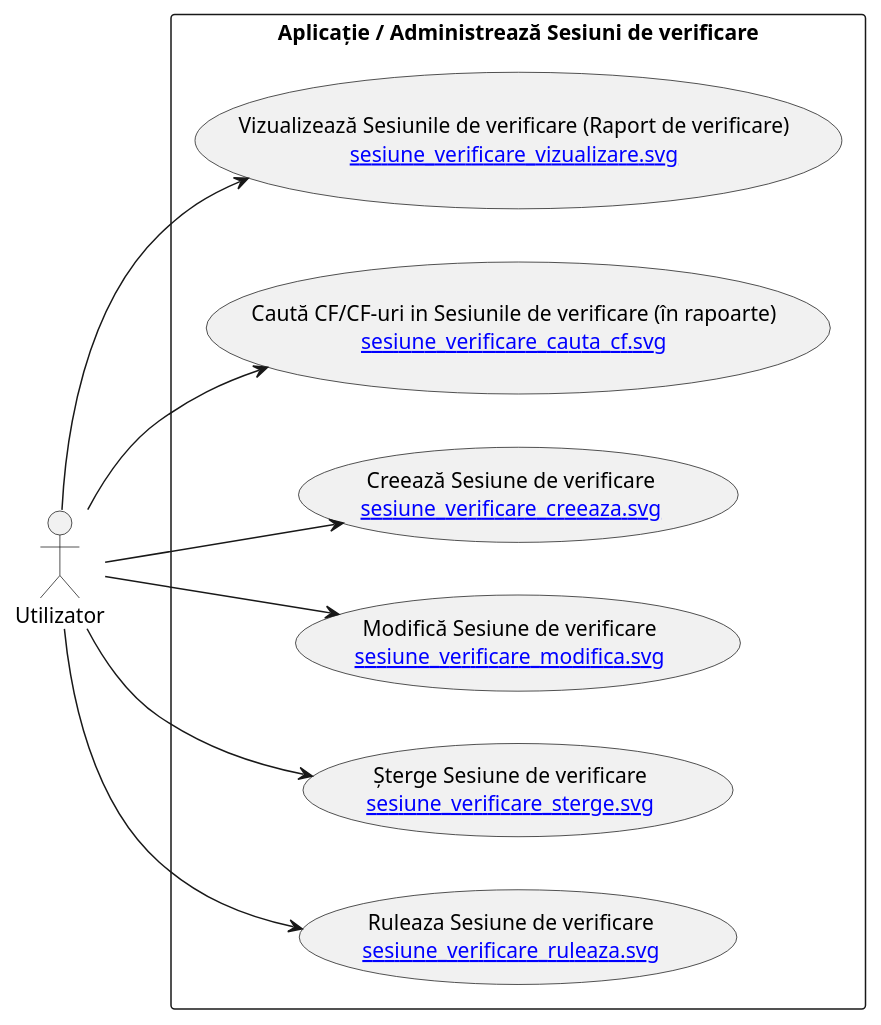
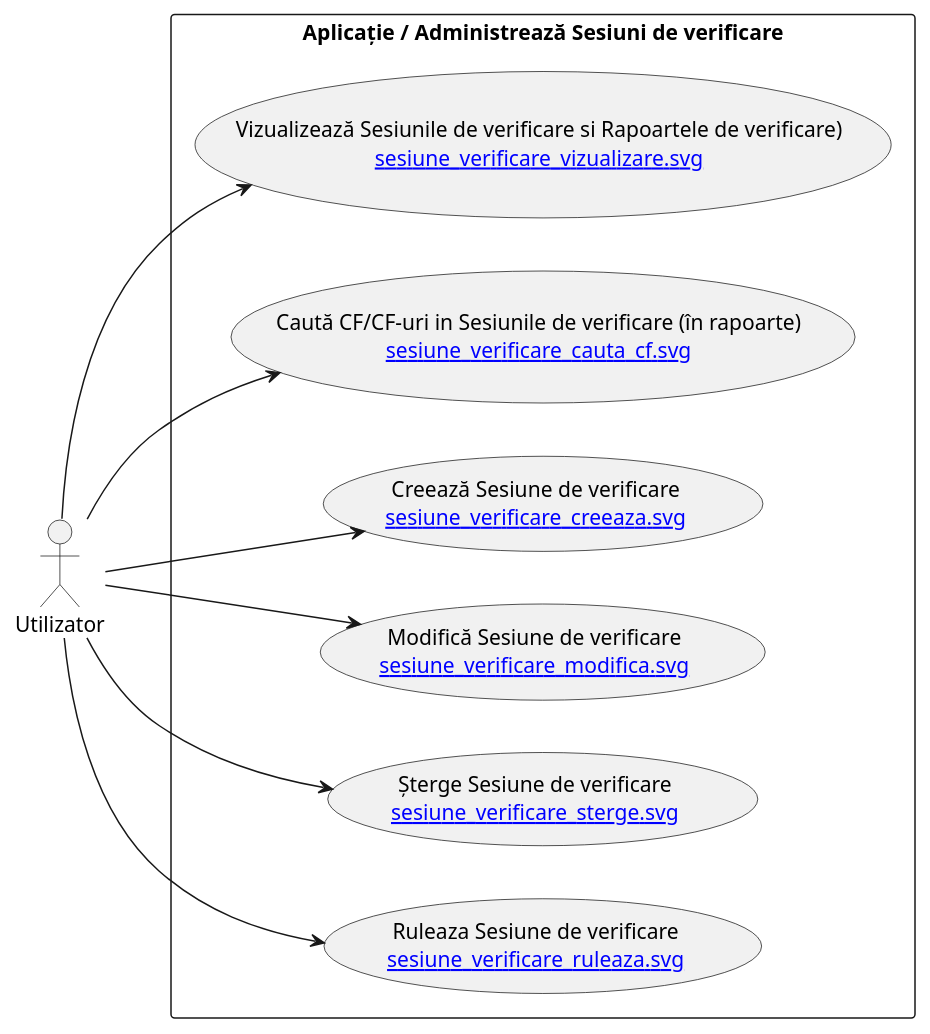
One commit to KMX-Systems/uat changed the diagram in sesiune_verificare_admin.puml. Above: the diagram before and after it, drawn with PlantUML. The commit also changed 7 other files, not shown here.

```diff
--- a/sesiune_verificare_admin.puml
+++ b/sesiune_verificare_admin.puml
@@ -1,18 +1,18 @@
 @startuml
 left to right direction
 actor "Utilizator" as user
 rectangle "Aplicație / Administrează Sesiuni de verificare" {
-  usecase "Vizualizează Sesiunile de verificare (Raport de verificare)\n[[sesiune_verificare_vizualizare.svg]]" as UC1
+  usecase "Vizualizează Sesiunile de verificare si Rapoartele de verificare)\n[[sesiune_verificare_vizualizare.svg]]" as UC1
   usecase "Caută CF/CF-uri in Sesiunile de verificare (în rapoarte)\n[[sesiune_verificare_cauta_cf.svg]]" as UC2
   usecase "Creează Sesiune de verificare\n[[sesiune_verificare_creeaza.svg]]" as UC3
   usecase "Modifică Sesiune de verificare\n[[sesiune_verificare_modifica.svg]]" as UC4
   usecase "Șterge Sesiune de verificare\n[[sesiune_verificare_sterge.svg]]" as UC5
   usecase "Ruleaza Sesiune de verificare\n[[sesiune_verificare_ruleaza.svg]]" as UC6
 }
 user --> UC1
 user --> UC2
 user --> UC3
 user --> UC4
 user --> UC5
 user --> UC6
 @enduml
```
